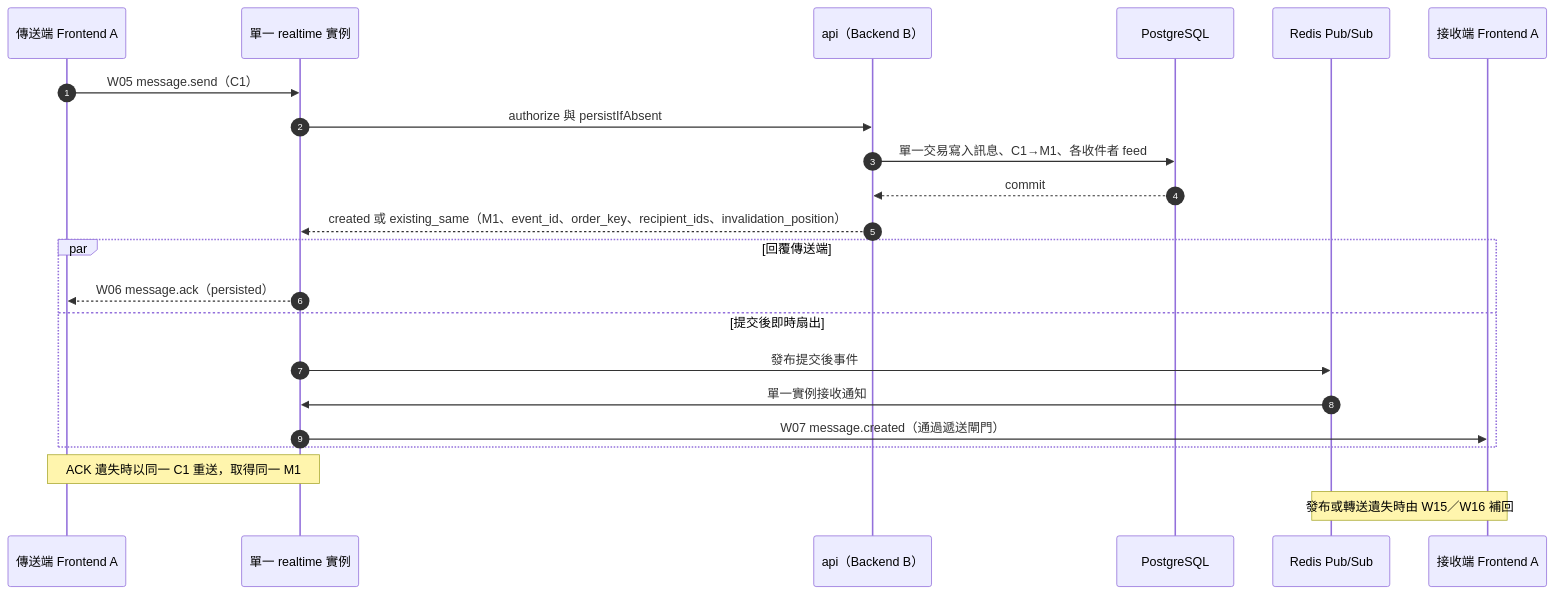
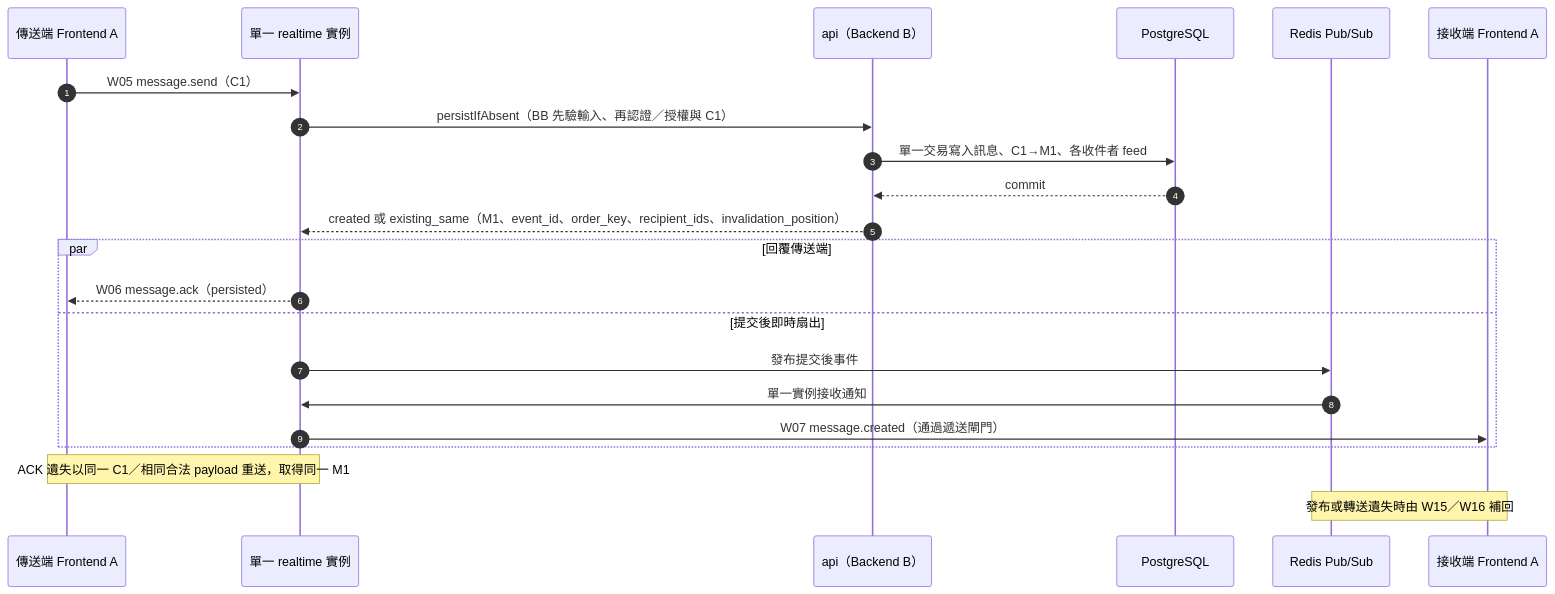
The fourth of 9 diagrams in docs/architecture/README.md (LeoCheng-space/Hine), drawn with Mermaid before and after one commit. The commit also changed other lines of this file and 11 other files, not shown here.

````diff
--- a/docs/architecture/README.md
+++ b/docs/architecture/README.md
@@ -166,24 +166,24 @@
 ```mermaid
 sequenceDiagram
   autonumber
   participant S as 傳送端 Frontend A
   participant R as 單一 realtime 實例
   participant B as api（Backend B）
   participant DB as PostgreSQL
   participant PS as Redis Pub/Sub
   participant T as 接收端 Frontend A
   S->>R: W05 message.send（C1）
-  R->>B: authorize 與 persistIfAbsent
+  R->>B: persistIfAbsent（BB 先驗輸入、再認證／授權與 C1）
   B->>DB: 單一交易寫入訊息、C1→M1、各收件者 feed
   DB-->>B: commit
   B-->>R: created 或 existing_same（M1、event_id、order_key、recipient_ids、invalidation_position）
   par 回覆傳送端
     R-->>S: W06 message.ack（persisted）
   and 提交後即時扇出
     R->>PS: 發布提交後事件
     PS->>R: 單一實例接收通知
     R->>T: W07 message.created（通過遞送閘門）
   end
-  Note over S,R: ACK 遺失時以同一 C1 重送，取得同一 M1
+  Note over S,R: ACK 遺失以同一 C1／相同合法 payload 重送，取得同一 M1
   Note over PS,T: 發布或轉送遺失時由 W15／W16 補回
 ```
````
